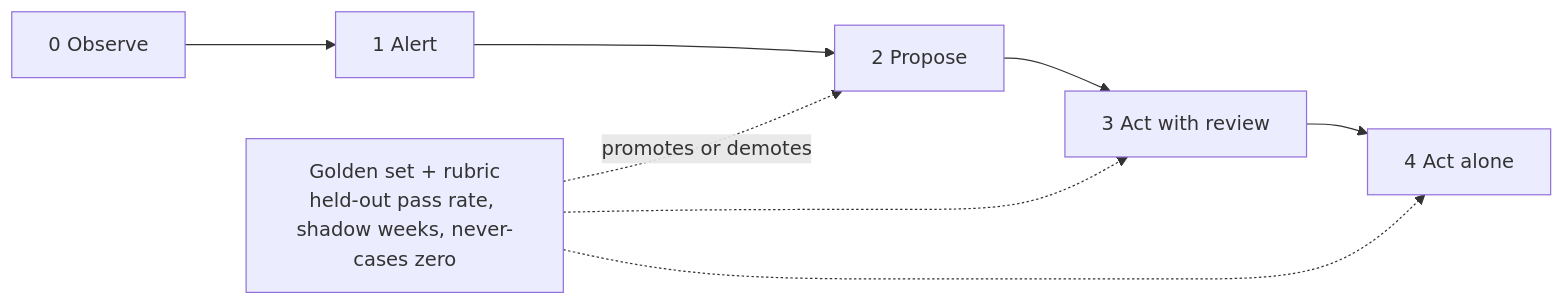
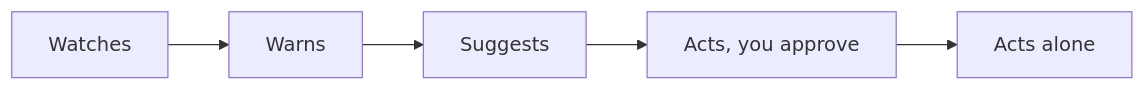
The second of 2 diagrams in README.md (Benyoumen/Benyoumen), drawn with Mermaid before and after one commit. The commit also changed other lines of this file and 3 other files, not shown here.

````diff
--- a/README.md
+++ b/README.md
@@ -63,7 +86,4 @@
 ```mermaid
 flowchart LR
-    T0["0 Observe"] --> T1["1 Alert"] --> T2["2 Propose"] --> T3["3 Act with review"] --> T4["4 Act alone"]
-    G["Golden set + rubric<br/>held-out pass rate, shadow weeks, never-cases zero"] -. "promotes or demotes" .-> T2
-    G -.-> T3
-    G -.-> T4
+    A["Watches"] --> B["Warns"] --> C["Suggests"] --> D["Acts, you approve"] --> E["Acts alone"]
 ```
````
